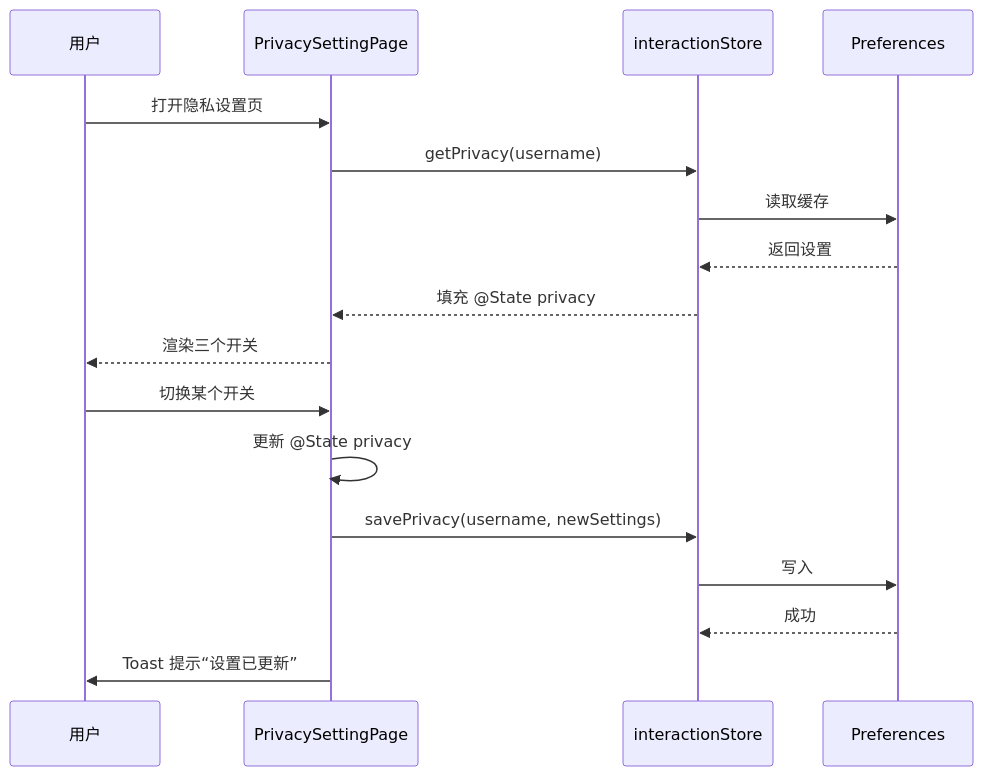
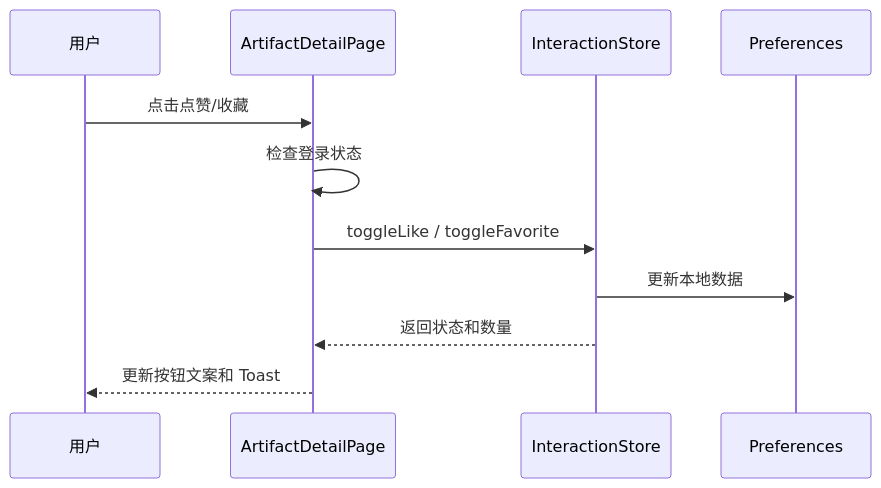
One commit to BUCT-CS2301/PalmMuseum changed the eighth of 8 diagrams in Doc/设计文档.md. Above: the diagram before and after it, drawn with Mermaid. The commit also changed other lines of this file, not shown here.

````diff
--- a/Doc/设计文档.md
+++ b/Doc/设计文档.md
@@ -1506,21 +664,14 @@
 ```mermaid
 sequenceDiagram
     participant User as 用户
-    participant PrivacyPage as PrivacySettingPage
-    participant Store as interactionStore
-    participant Prefs as Preferences
+    participant Detail as ArtifactDetailPage
+    participant Store as InteractionStore
+    participant Storage as Preferences
 
-    User->>PrivacyPage: 打开隐私设置页
-    PrivacyPage->>Store: getPrivacy(username)
-    Store->>Prefs: 读取缓存
-    Prefs-->>Store: 返回设置
-    Store-->>PrivacyPage: 填充 @State privacy
-    PrivacyPage-->>User: 渲染三个开关
-
-    User->>PrivacyPage: 切换某个开关
-    PrivacyPage->>PrivacyPage: 更新 @State privacy
-    PrivacyPage->>Store: savePrivacy(username, newSettings)
-    Store->>Prefs: 写入
-    Prefs-->>Store: 成功
-    PrivacyPage->>User: Toast 提示“设置已更新”
+    User->>Detail: 点击点赞/收藏
+    Detail->>Detail: 检查登录状态
+    Detail->>Store: toggleLike / toggleFavorite
+    Store->>Storage: 更新本地数据
+    Store-->>Detail: 返回状态和数量
+    Detail-->>User: 更新按钮文案和 Toast
 ```
````
